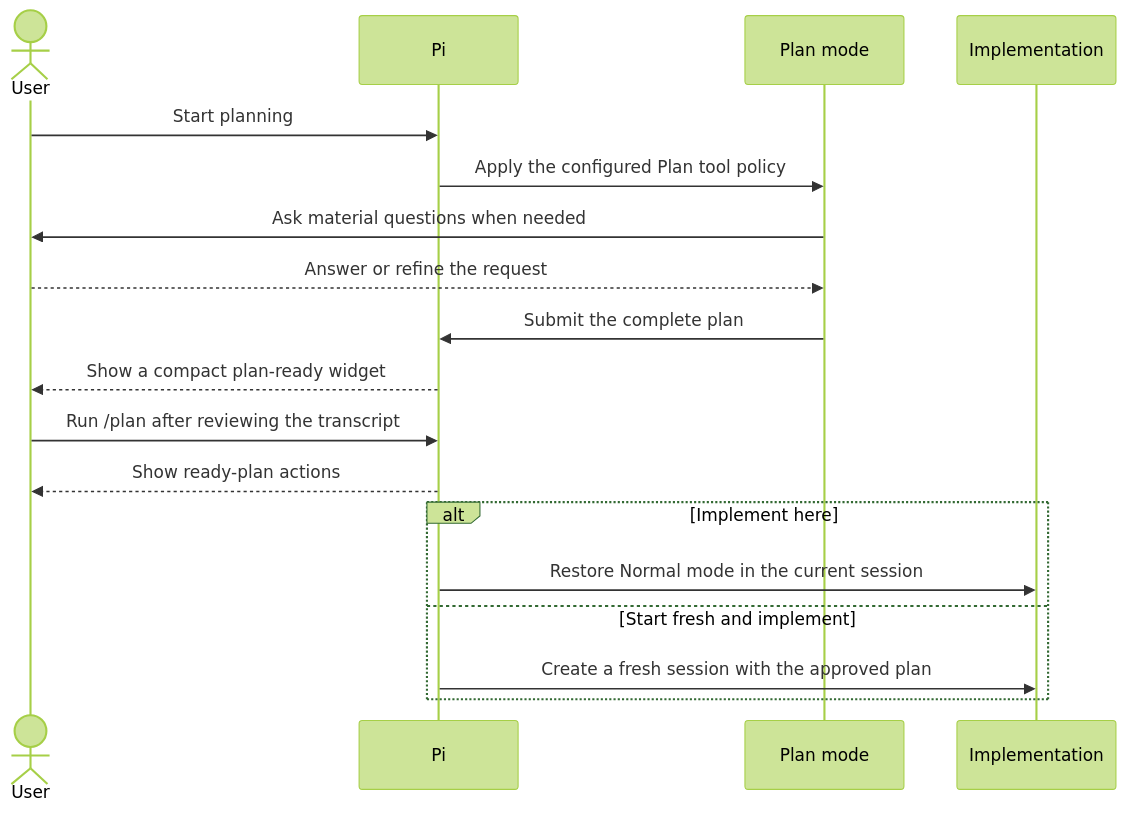
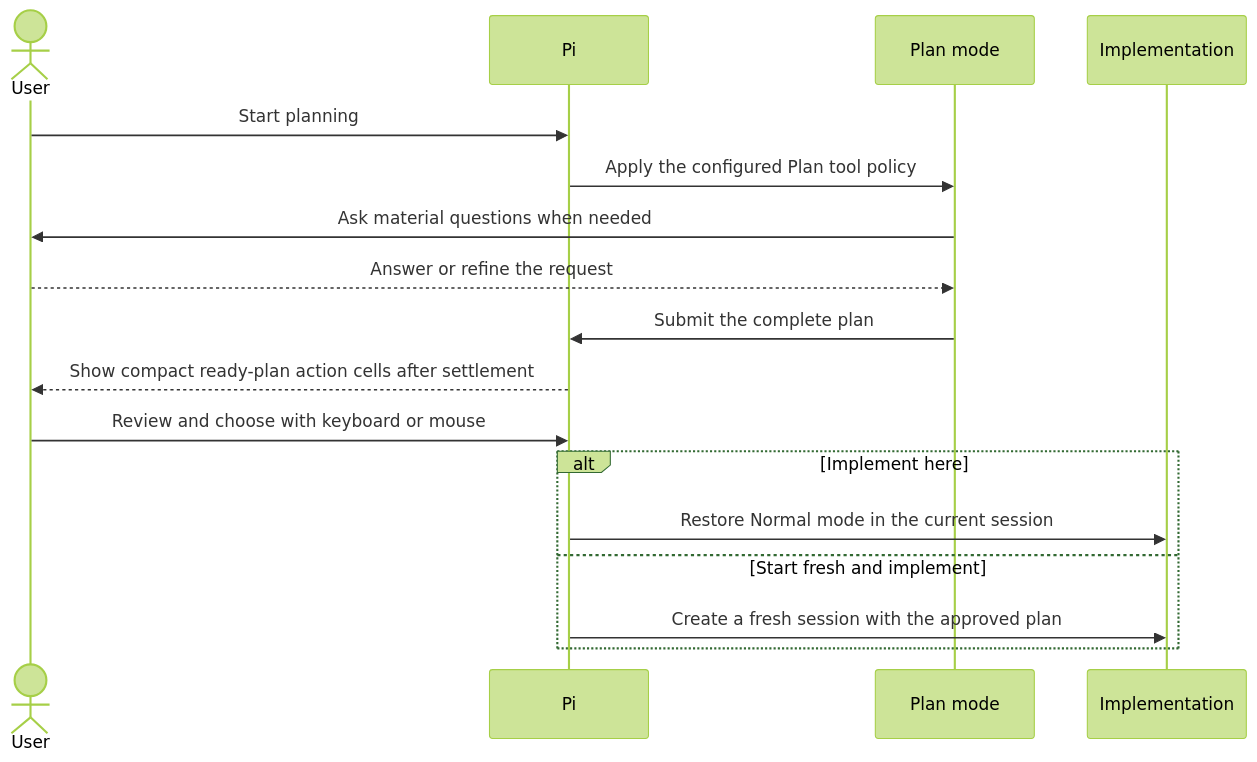
Before and after one commit to nredd/pi-harness: the second of 2 diagrams in README.md, drawn with Mermaid (forest theme). The commit also changed other lines of this file and 12 other files, not shown here.

First line of the commit message:
Restore compact ready-plan approval

````diff
--- a/README.md
+++ b/README.md
@@ -79,21 +78,20 @@
 ```mermaid
 sequenceDiagram
     actor User
     participant Pi
     participant Plan as Plan mode
     participant Work as Implementation
 
     User->>Pi: Start planning
     Pi->>Plan: Apply the configured Plan tool policy
     Plan->>User: Ask material questions when needed
     User-->>Plan: Answer or refine the request
     Plan->>Pi: Submit the complete plan
-    Pi-->>User: Show a compact plan-ready widget
-    User->>Pi: Run /plan after reviewing the transcript
-    Pi-->>User: Show ready-plan actions
+    Pi-->>User: Show compact ready-plan action cells after settlement
+    User->>Pi: Review and choose with keyboard or mouse
     alt Implement here
         Pi->>Work: Restore Normal mode in the current session
     else Start fresh and implement
         Pi->>Work: Create a fresh session with the approved plan
     end
 ```
````
